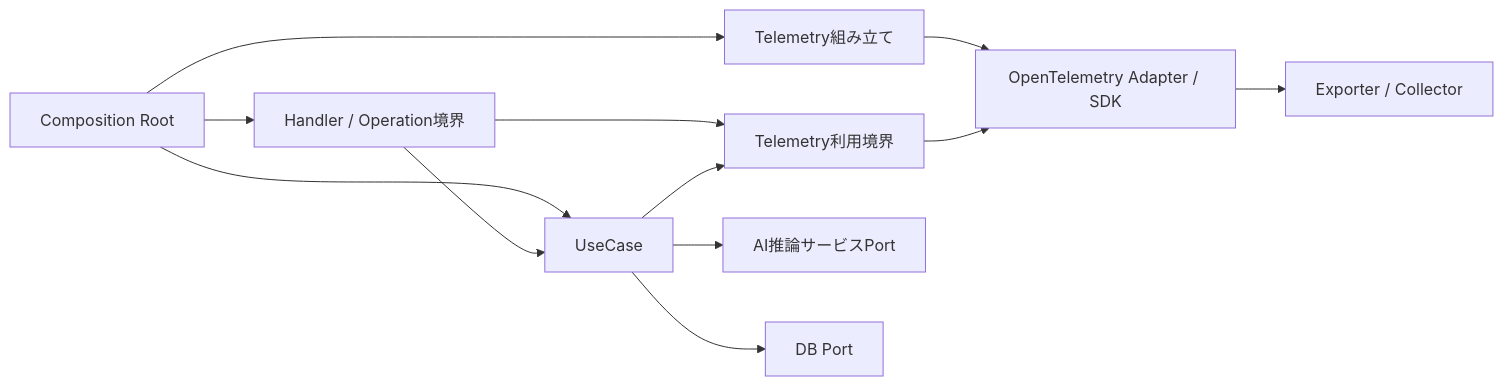
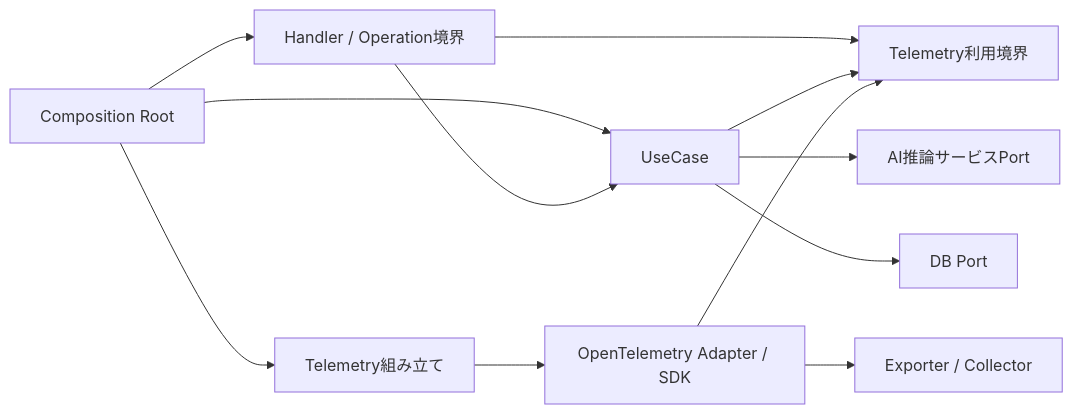
Before and after one commit to takashit16833/Workbench: the third of 5 diagrams in Notes/RAGScope/RS-0023 Observability設計メモ.md, drawn with Mermaid.

Commit message:
note: fix RS-0023 dependency direction

````diff
--- a/Notes/RAGScope/RS-0023 Observability設計メモ.md
+++ b/Notes/RAGScope/RS-0023 Observability設計メモ.md
@@ -87,18 +87,18 @@
 ```mermaid
 flowchart LR
     CR["Composition Root"] --> H["Handler / Operation境界"]
     CR --> UC["UseCase"]
     CR --> TEL["Telemetry組み立て"]
 
     H --> UC
     H --> TAPI["Telemetry利用境界"]
     UC --> TAPI
 
     UC --> AIS["AI推論サービスPort"]
     UC --> DBP["DB Port"]
 
     TEL --> OTEL["OpenTelemetry Adapter / SDK"]
-    TAPI --> OTEL
+    OTEL --> TAPI
 
     OTEL --> EXT["Exporter / Collector"]
 ```
````
